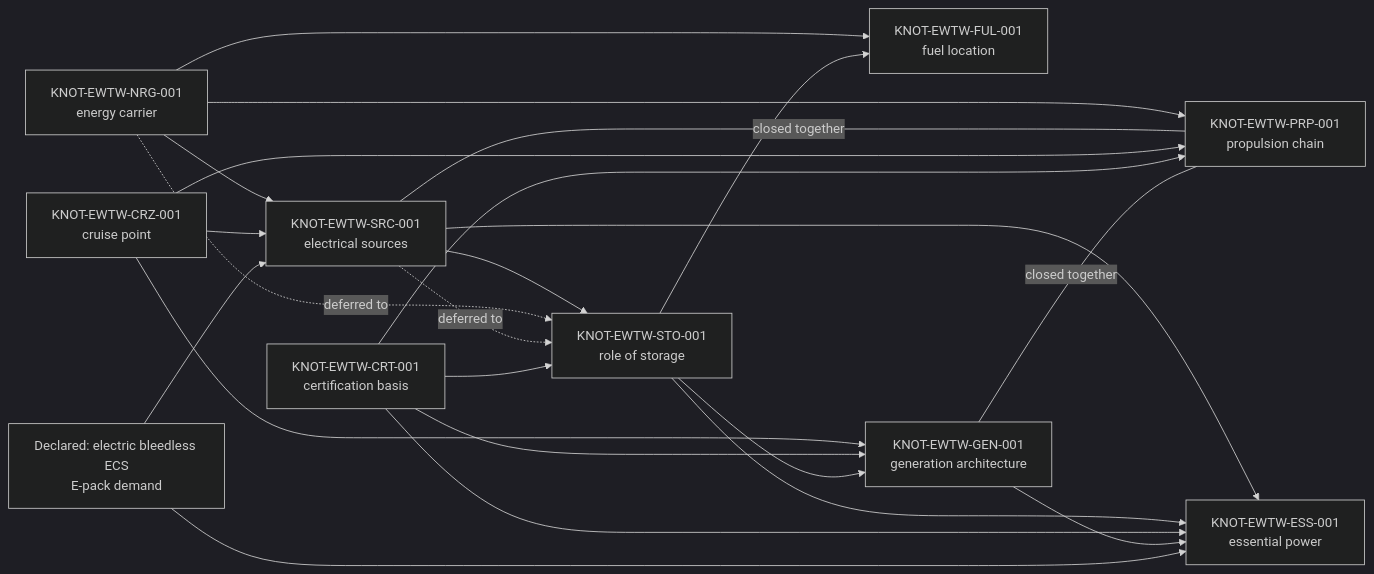
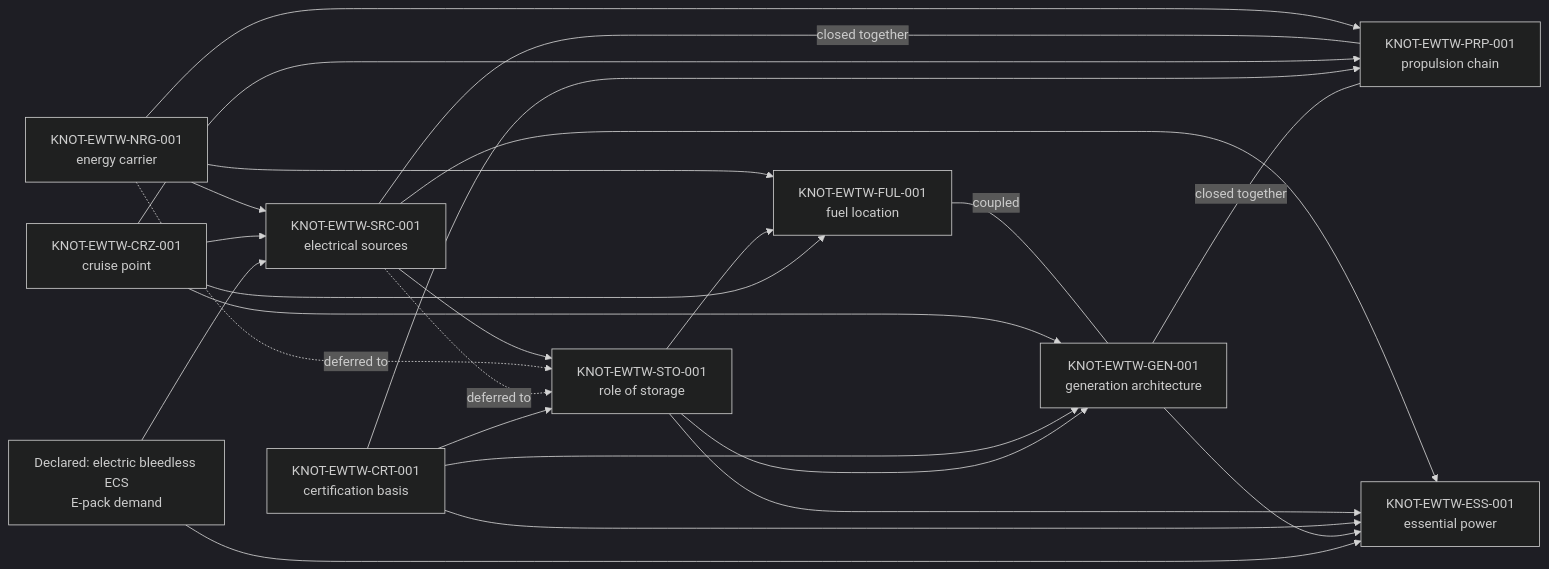
One commit to AmedeoPelliccia/Q-plus-A changed the diagram in 01_OPTIONS_ARCHITECTURE/01-02_PROGRAMMES/01-02-01_AMPEL360/01-02-01-01_MODELS/01-02-01-01-01_eWTW/README.md. Above: the diagram before and after it, drawn with Mermaid (dark theme). The commit also changed other lines of this file and 6 other files, not shown here.

````diff
--- a/01_OPTIONS_ARCHITECTURE/01-02_PROGRAMMES/01-02-01_AMPEL360/01-02-01-01_MODELS/01-02-01-01-01_eWTW/README.md
+++ b/01_OPTIONS_ARCHITECTURE/01-02_PROGRAMMES/01-02-01_AMPEL360/01-02-01-01_MODELS/01-02-01-01-01_eWTW/README.md
@@ -161,35 +161,37 @@
 ```mermaid
 flowchart LR
   EP["Declared: electric bleedless ECS<br/>E-pack demand"]
   NRG["KNOT-EWTW-NRG-001<br/>energy carrier"]
   SRC["KNOT-EWTW-SRC-001<br/>electrical sources"]
   PRP["KNOT-EWTW-PRP-001<br/>propulsion chain"]
   STO["KNOT-EWTW-STO-001<br/>role of storage"]
   ESS["KNOT-EWTW-ESS-001<br/>essential power"]
   CRZ["KNOT-EWTW-CRZ-001<br/>cruise point"]
   CRT["KNOT-EWTW-CRT-001<br/>certification basis"]
   FUL["KNOT-EWTW-FUL-001<br/>fuel location"]
   GEN["KNOT-EWTW-GEN-001<br/>generation architecture"]
   NRG --> SRC
   NRG --> PRP
   SRC ---|"closed together"| PRP
   SRC --> STO
   SRC --> ESS
   STO --> ESS
   NRG -.->|"deferred to"| STO
   SRC -.->|"deferred to"| STO
   CRZ --> PRP
   CRZ --> SRC
   CRT --> PRP
   CRT --> STO
   CRT --> ESS
   NRG --> FUL
   STO --> FUL
+  CRZ --> FUL
+  FUL ---|"coupled"| GEN
   CRZ --> GEN
   CRT --> GEN
   STO --> GEN
   GEN ---|"closed together"| PRP
   GEN --> ESS
   EP --> SRC
   EP --> ESS
 ```
````
